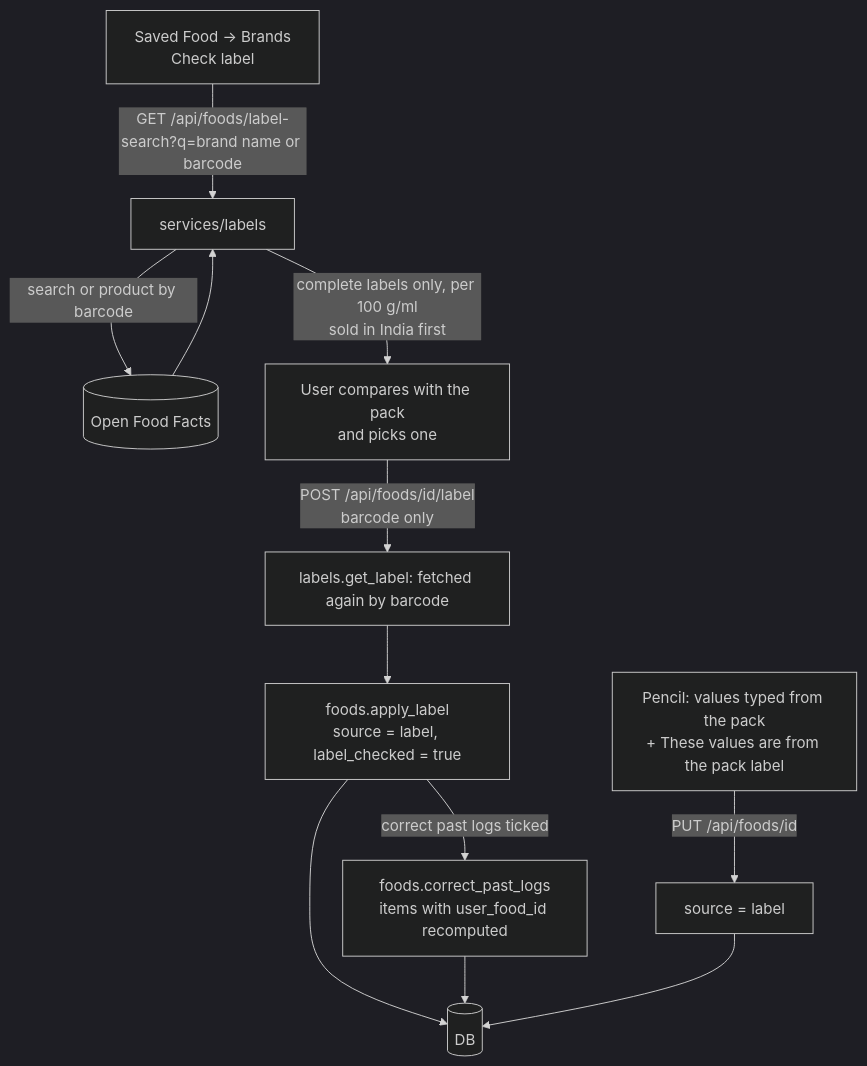
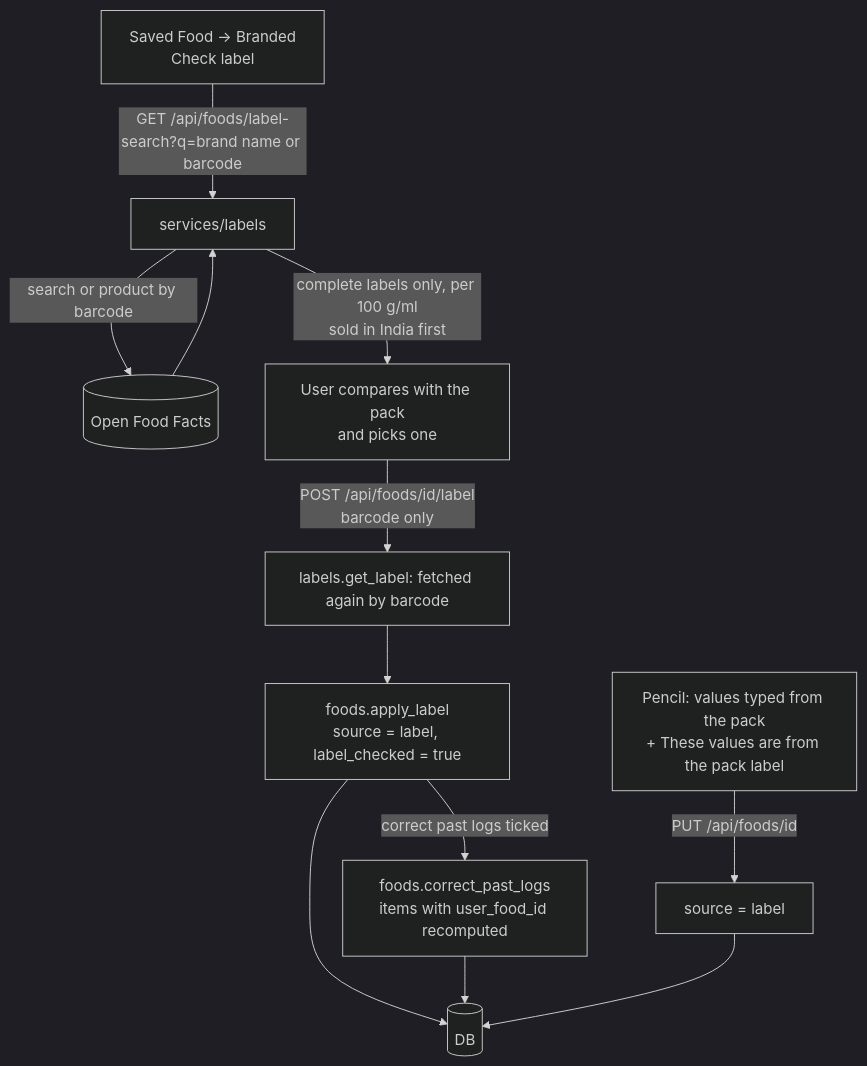
Before and after one commit to NeoAnushka21/tracker_poc: the ninth of 11 diagrams in docs/hld.md, drawn with Mermaid (dark theme). The commit also changed other lines of this file and 15 other files, not shown here.

First line of the commit message:
Saved Food tabs (Generic / Branded / My Recipes); chat becomes a window opened from Home

````diff
--- a/docs/hld.md
+++ b/docs/hld.md
@@ -221,13 +221,13 @@
 ```mermaid
 flowchart TB
-    B[Saved Food → Brands<br/>Check label] -->|GET /api/foods/label-search?q=brand name or barcode| LS[services/labels]
+    B[Saved Food → Branded<br/>Check label] -->|GET /api/foods/label-search?q=brand name or barcode| LS[services/labels]
     LS -->|search or product by barcode| OFF[(Open Food Facts)]
     OFF --> LS
     LS -->|complete labels only, per 100 g/ml<br/>sold in India first| P[User compares with the pack<br/>and picks one]
     P -->|POST /api/foods/id/label<br/>barcode only| AP[labels.get_label: fetched again by barcode]
     AP --> F[foods.apply_label<br/>source = label, label_checked = true]
     F -->|correct past logs ticked| C[foods.correct_past_logs<br/>items with user_food_id recomputed]
     F --> DB[(DB)]
     C --> DB
     M[Pencil: values typed from the pack<br/>+ These values are from the pack label] -->|PUT /api/foods/id| F2[source = label] --> DB
 ```
````
